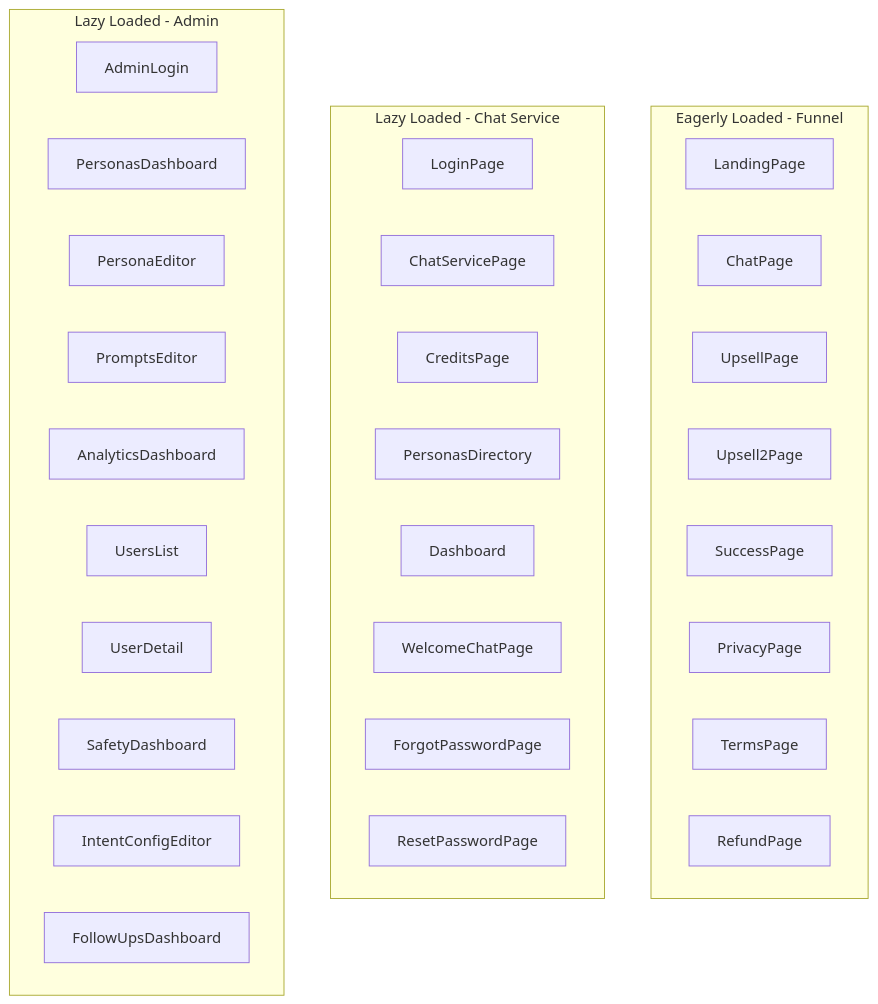
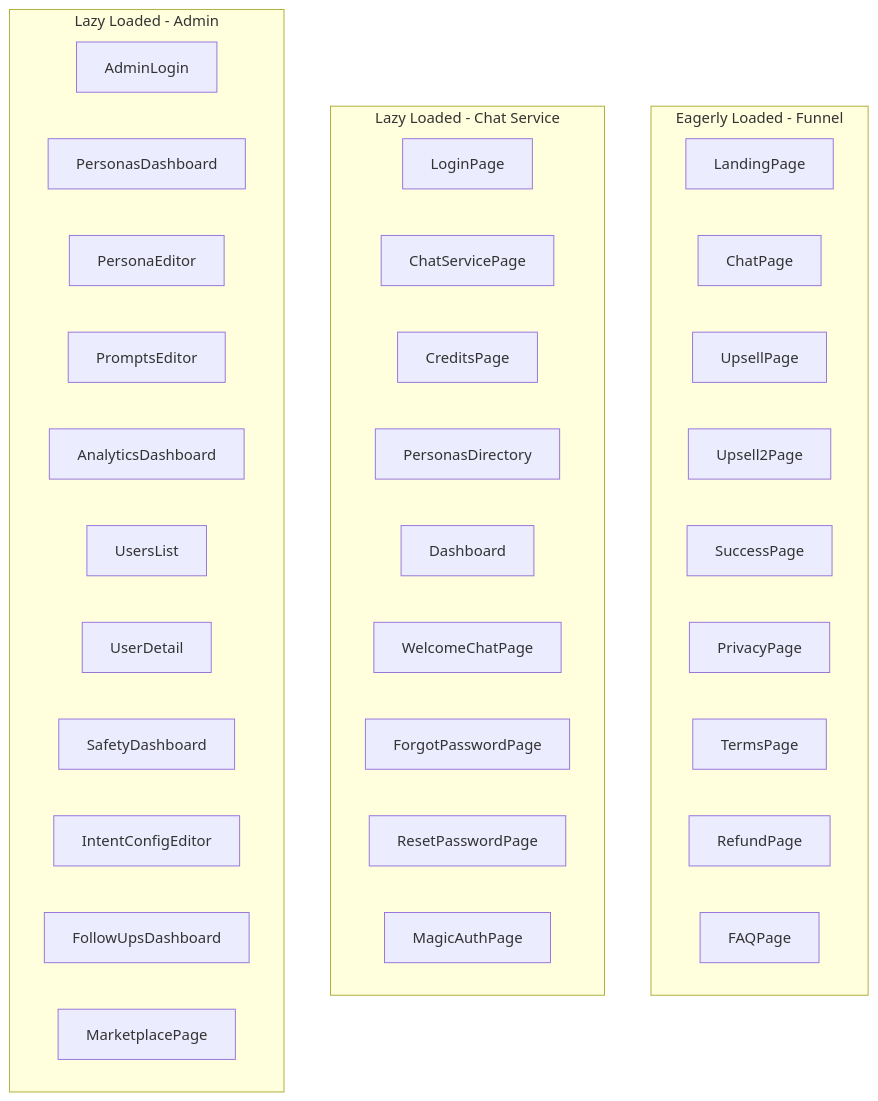
The tenth of 10 diagrams in docs/ARCHITECTURE.md (Rober7640/The-Seer-Within-V2), drawn with Mermaid before and after one commit. The commit also changed other lines of this file and 199 other files, not shown here.

````diff
--- a/docs/ARCHITECTURE.md
+++ b/docs/ARCHITECTURE.md
@@ -675,37 +657,40 @@
 ```mermaid
 flowchart TB
     subgraph eager [Eagerly Loaded - Funnel]
         LP[LandingPage]
         CP[ChatPage]
         UP1[UpsellPage]
         UP2[Upsell2Page]
         SP[SuccessPage]
         Privacy[PrivacyPage]
         Terms[TermsPage]
         Refund[RefundPage]
+        FAQ[FAQPage]
     end
 
     subgraph lazy [Lazy Loaded - Chat Service]
         LoginP[LoginPage]
         ChatSvcP[ChatServicePage]
         CreditsP[CreditsPage]
         PersonasP[PersonasDirectory]
         DashP[Dashboard]
         WelcomeP[WelcomeChatPage]
         ForgotP[ForgotPasswordPage]
         ResetP[ResetPasswordPage]
+        MagicP[MagicAuthPage]
     end
 
     subgraph lazyAdmin [Lazy Loaded - Admin]
         AdminLoginP[AdminLogin]
         PersonasDash[PersonasDashboard]
         PersonaEdit[PersonaEditor]
         PromptsEdit[PromptsEditor]
         AnalyticsP[AnalyticsDashboard]
         UsersListP[UsersList]
         UserDetailP[UserDetail]
         SafetyP[SafetyDashboard]
         IntentP[IntentConfigEditor]
         FollowUpsP[FollowUpsDashboard]
+        MarketP[MarketplacePage]
     end
 ```
````
